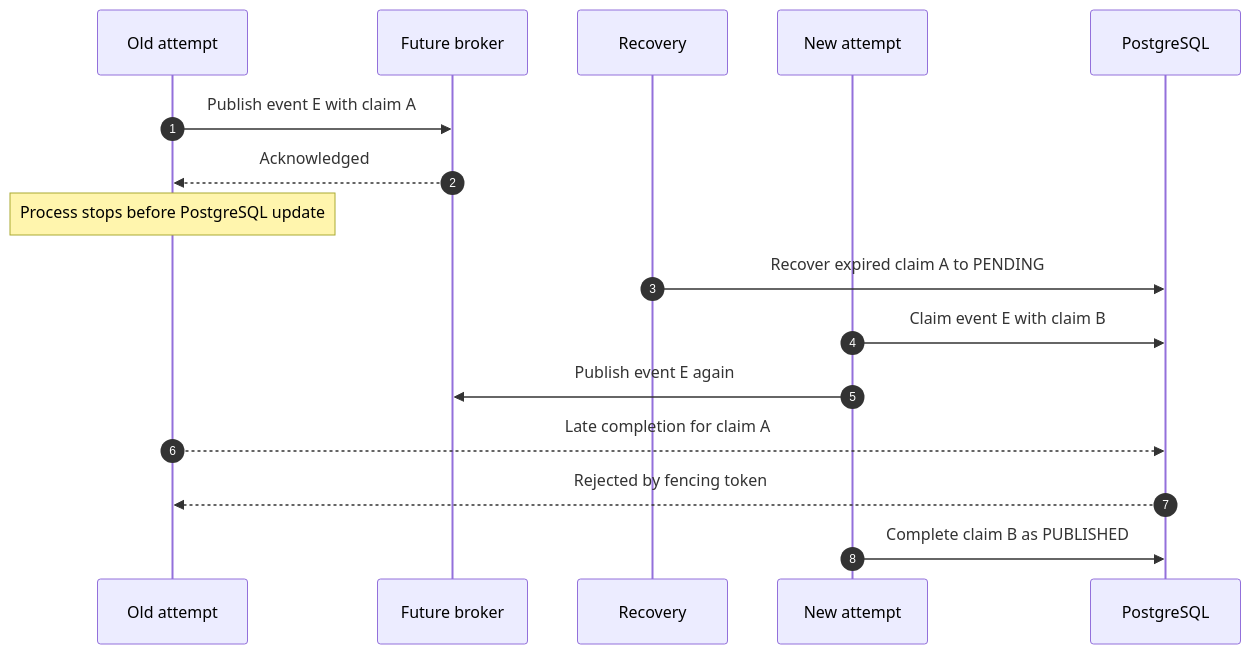
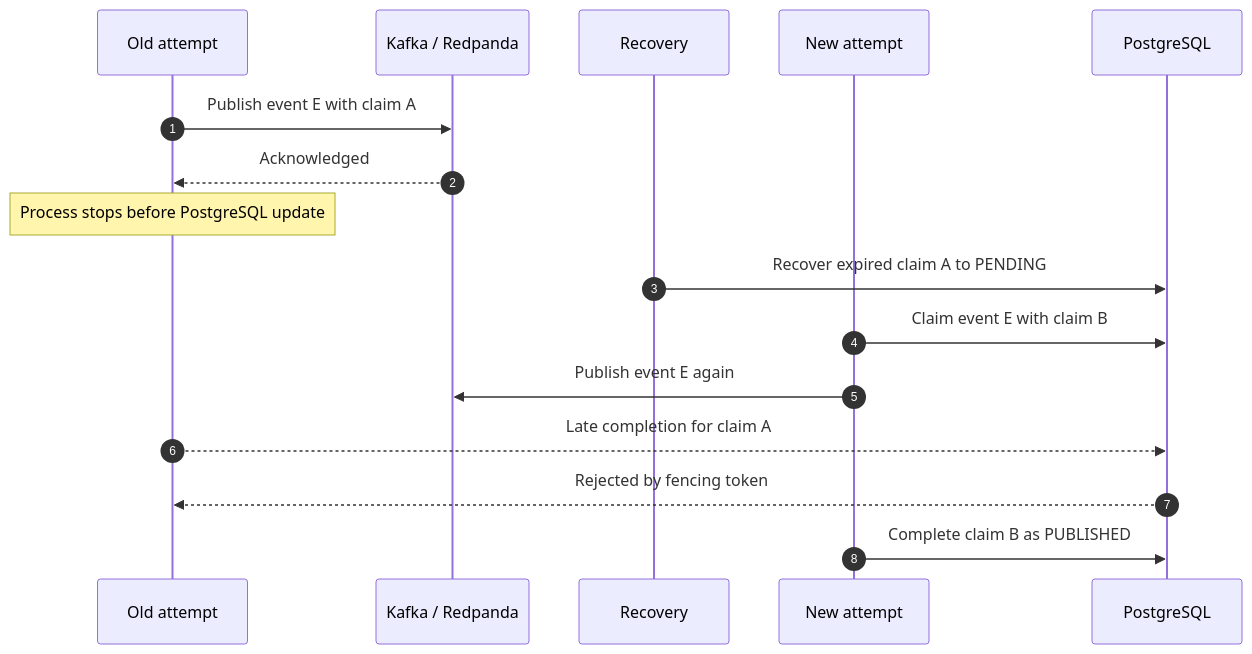
The fifth of 5 diagrams in docs/outbox-lifecycle.md (PietroRussoD/commerce-integration-hub), drawn with Mermaid before and after one commit. The commit also changed other lines of this file and 5 other files, not shown here.

````diff
--- a/docs/outbox-lifecycle.md
+++ b/docs/outbox-lifecycle.md
@@ -91,19 +127,19 @@
 ```mermaid
 sequenceDiagram
     autonumber
     participant Old as Old attempt
-    participant Broker as Future broker
+    participant Broker as Kafka / Redpanda
     participant Recovery
     participant New as New attempt
     participant Database as PostgreSQL
 
     Old->>Broker: Publish event E with claim A
     Broker-->>Old: Acknowledged
     Note over Old: Process stops before PostgreSQL update
     Recovery->>Database: Recover expired claim A to PENDING
     New->>Database: Claim event E with claim B
     New->>Broker: Publish event E again
     Old-->>Database: Late completion for claim A
     Database-->>Old: Rejected by fencing token
     New->>Database: Complete claim B as PUBLISHED
 ```
````
